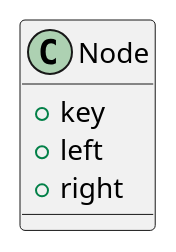
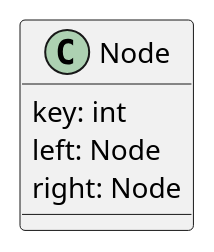
One commit to afmoyar/Java-Documentator changed the diagram in Java-documentator/Documentation/Class_diagram.puml. Above: the diagram before and after it, drawn with PlantUML. The commit also changed 5 other files, not shown here.

```diff
--- a/Java-documentator/Documentation/Class_diagram.puml
+++ b/Java-documentator/Documentation/Class_diagram.puml
@@ -1,7 +1,7 @@
 @startuml
 class Node{
-	+key
-	+left
-	+right
+	key: int
+	left: Node
+	right: Node
 }
 @enduml
```
